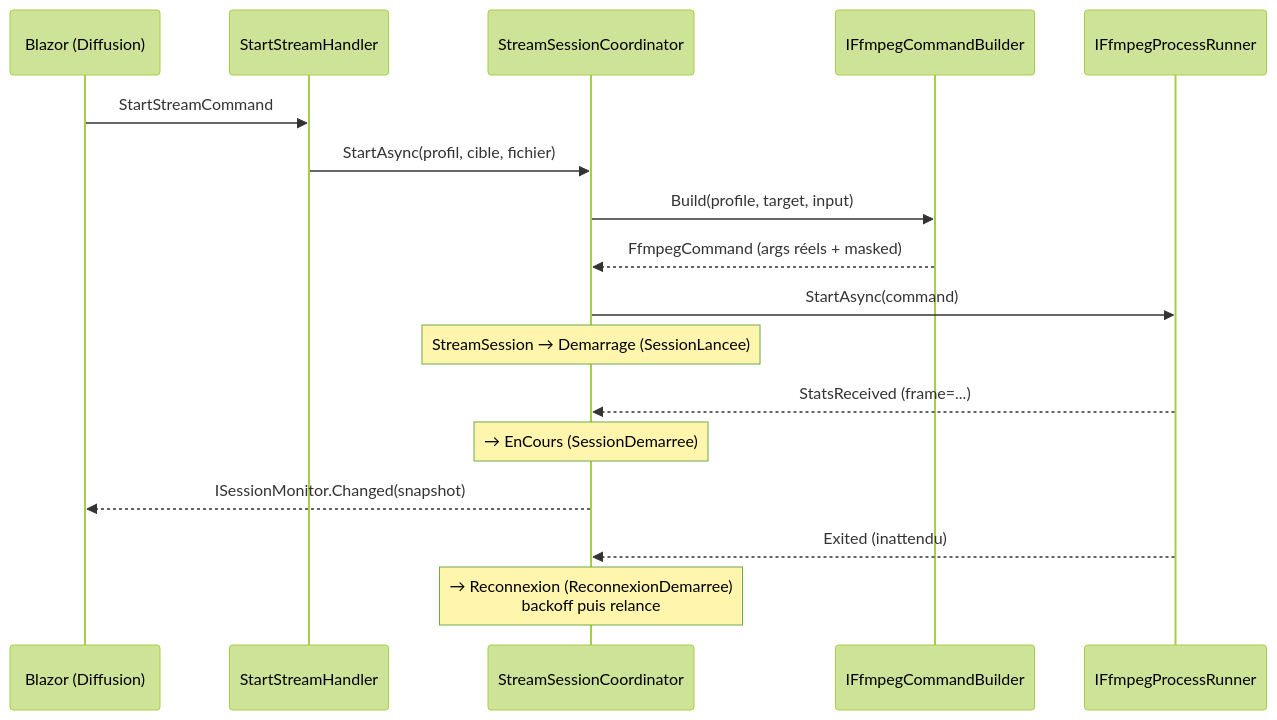
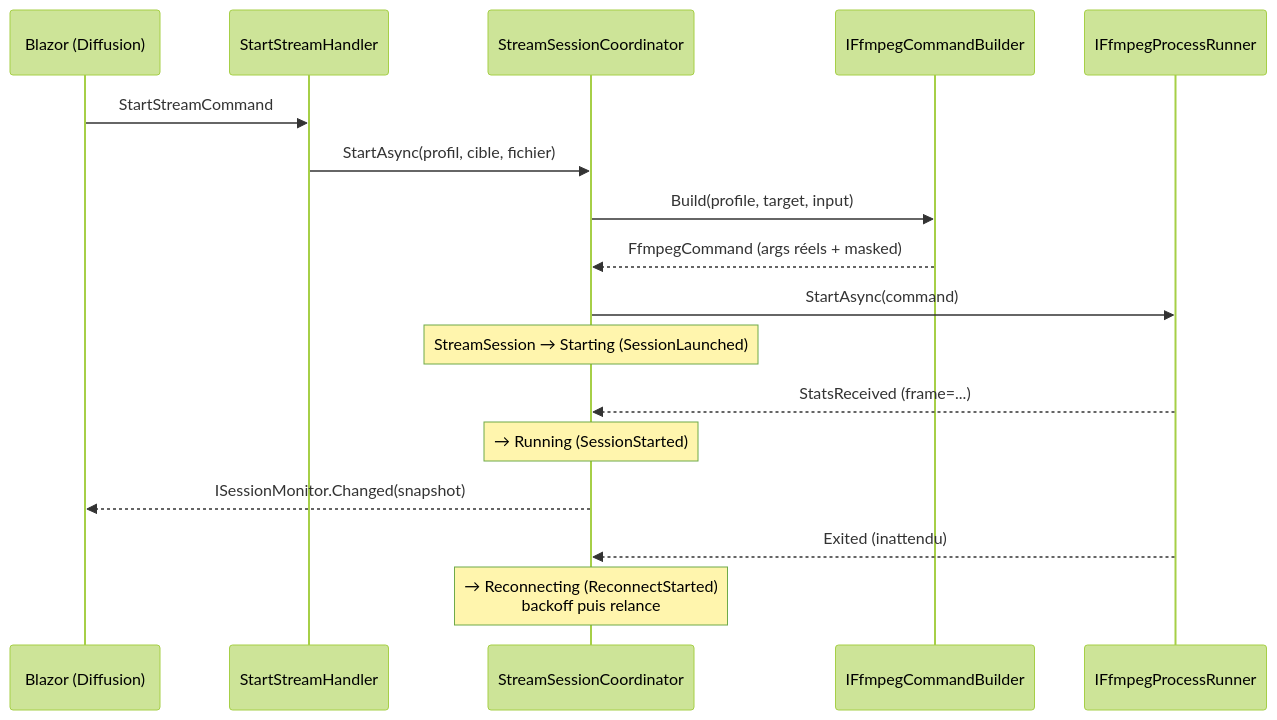
One commit to oliver254/Nagare changed the third of 3 diagrams in docs/ARCHITECTURE.md. Above: the diagram before and after it, drawn with Mermaid (forest theme). The commit also changed other lines of this file and 19 other files, not shown here.

First line of the commit message:
test+fix: suite de tests unitaires (164) et rétablissement du backoff de reconnexion (#1)

````diff
--- a/docs/ARCHITECTURE.md
+++ b/docs/ARCHITECTURE.md
@@ -485,19 +503,19 @@
 ```mermaid
 sequenceDiagram
     participant UI as Blazor (Diffusion)
     participant H as StartStreamHandler
     participant C as StreamSessionCoordinator
     participant B as IFfmpegCommandBuilder
     participant R as IFfmpegProcessRunner
     UI->>H: StartStreamCommand
     H->>C: StartAsync(profil, cible, fichier)
     C->>B: Build(profile, target, input)
     B-->>C: FfmpegCommand (args réels + masked)
     C->>R: StartAsync(command)
-    Note over C: StreamSession → Demarrage (SessionLancee)
+    Note over C: StreamSession → Starting (SessionLaunched)
     R-->>C: StatsReceived (frame=...)
-    Note over C: → EnCours (SessionDemarree)
+    Note over C: → Running (SessionStarted)
     C-->>UI: ISessionMonitor.Changed(snapshot)
     R-->>C: Exited (inattendu)
-    Note over C: → Reconnexion (ReconnexionDemarree)<br/>backoff puis relance
+    Note over C: → Reconnecting (ReconnectStarted)<br/>backoff puis relance
 ```
````
